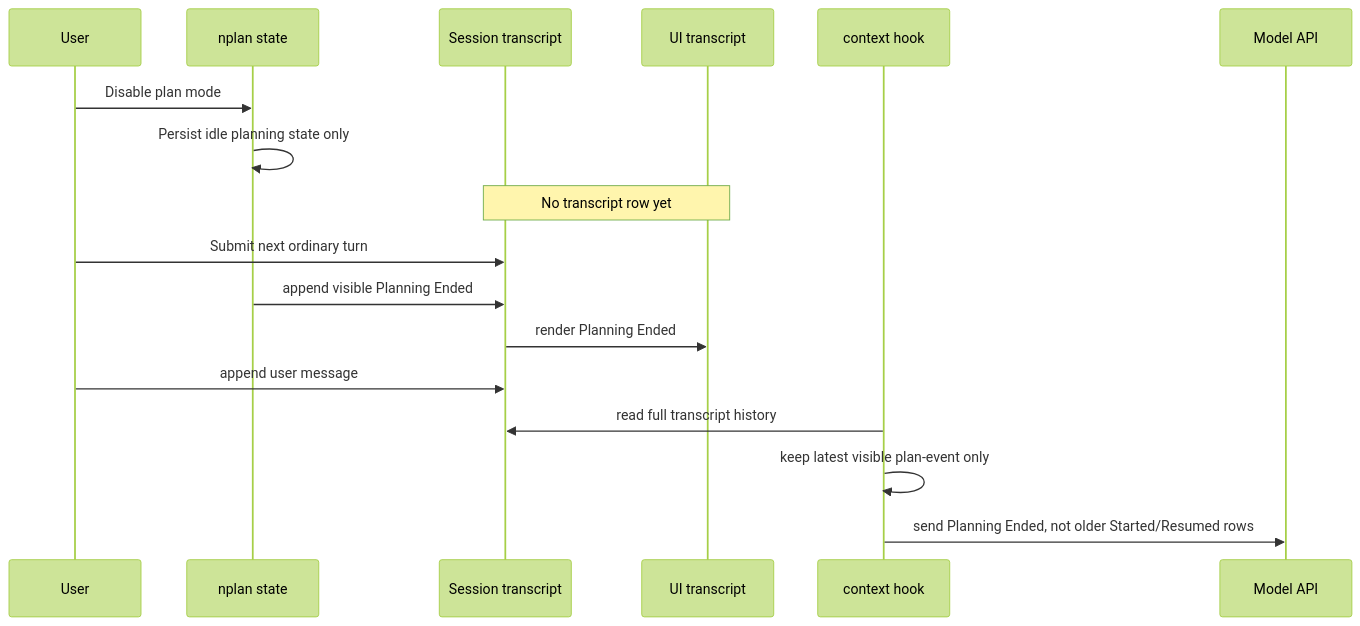
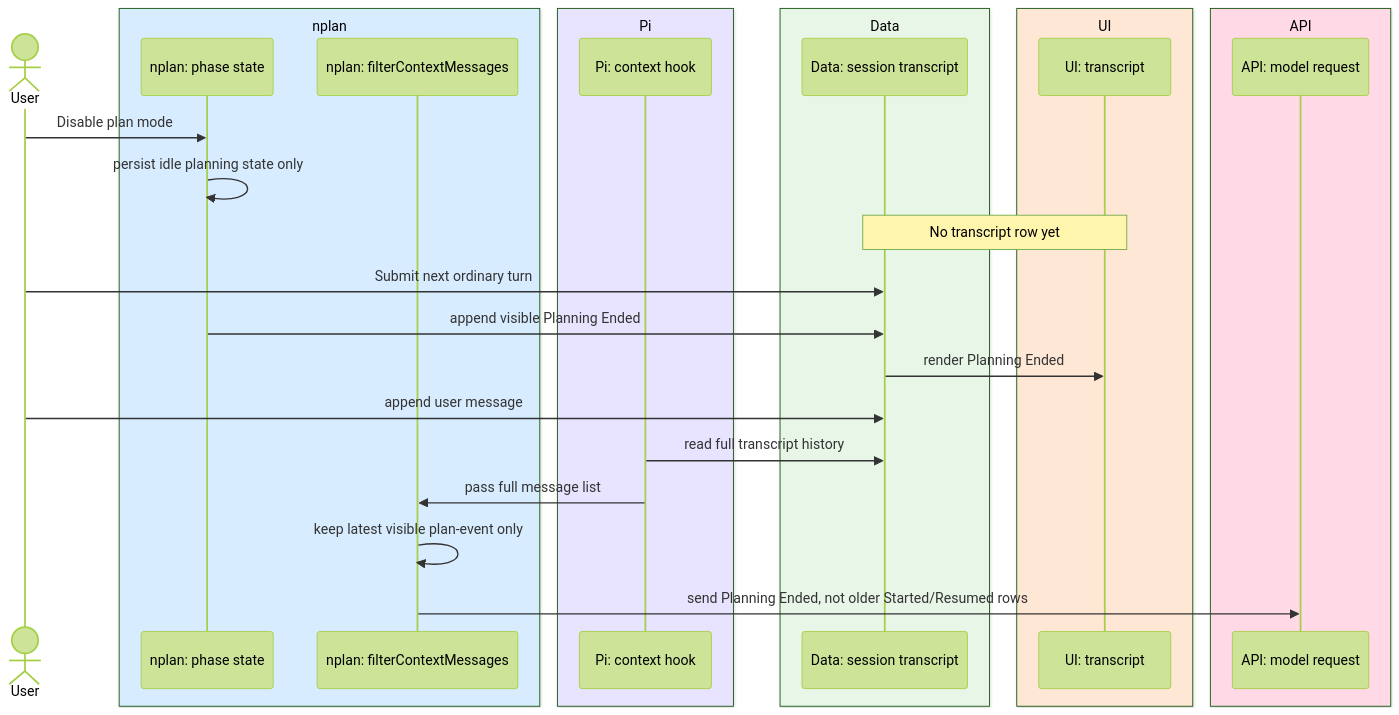
One commit to pyronaur/nplan changed the fourth of 5 diagrams in docs/planning-message-lifecycle.md. Above: the diagram before and after it, drawn with Mermaid (forest theme). The commit also changed other lines of this file, not shown here.

First line of the commit message:
Clarify ownership boundaries in planning message lifecycle docs

````diff
--- a/docs/planning-message-lifecycle.md
+++ b/docs/planning-message-lifecycle.md
@@ -88,20 +133,32 @@
 ```mermaid
 sequenceDiagram
-    participant U as User
-    participant N as nplan state
-    participant S as Session transcript
-    participant UI as UI transcript
-    participant C as context hook
-    participant M as Model API
+    actor U as User
+    box rgb(216,236,255) nplan
+        participant N as nplan: phase state
+        participant F as nplan: filterContextMessages
+    end
+    box rgb(232,227,255) Pi
+        participant C as Pi: context hook
+    end
+    box rgb(232,246,232) Data
+        participant S as Data: session transcript
+    end
+    box rgb(255,231,214) UI
+        participant UI as UI: transcript
+    end
+    box rgb(255,217,230) API
+        participant M as API: model request
+    end
 
     U->>N: Disable plan mode
-    N->>N: Persist idle planning state only
+    N->>N: persist idle planning state only
     Note over S,UI: No transcript row yet
     U->>S: Submit next ordinary turn
     N->>S: append visible Planning Ended
     S->>UI: render Planning Ended
     U->>S: append user message
     C->>S: read full transcript history
-    C->>C: keep latest visible plan-event only
-    C->>M: send Planning Ended, not older Started/Resumed rows
+    C->>F: pass full message list
+    F->>F: keep latest visible plan-event only
+    F->>M: send Planning Ended, not older Started/Resumed rows
 ```
````
